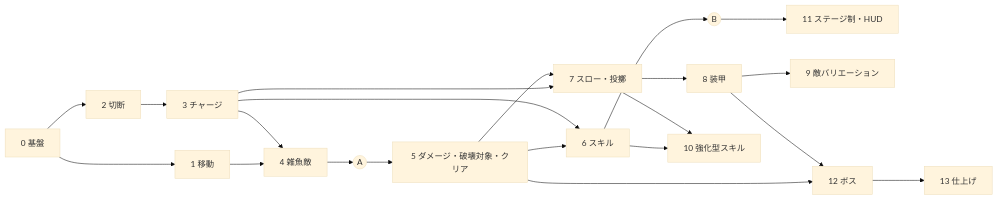
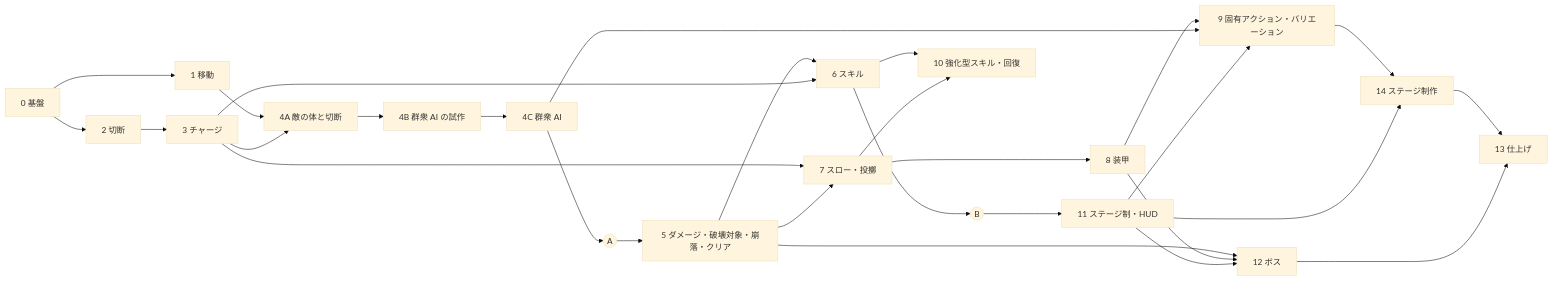
Before and after one commit to TaguchiRei/Kizami: the diagram in Assets/Docs/InGame/InGameOverallPlan.md, drawn with Mermaid (base theme). The commit also changed other lines of this file and 18 other files, not shown here.

````diff
--- a/Assets/Docs/InGame/InGameOverallPlan.md
+++ b/Assets/Docs/InGame/InGameOverallPlan.md
@@ -129,17 +139,24 @@
 ```mermaid
 flowchart LR
     S0[0 基盤] --> S1[1 移動]
     S0 --> S2[2 切断] --> S3[3 チャージ]
-    S1 --> S4[4 雑魚敵]
-    S3 --> S4
-    S4 --> MA((A)) --> S5[5 ダメージ・破壊対象・クリア] --> S6[6 スキル] --> MB((B))
+    S1 --> S4A[4A 敵の体と切断]
+    S3 --> S4A
+    S4A --> S4B[4B 群衆 AI の試作] --> S4C[4C 群衆 AI]
+    S4C --> MA((A)) --> S5[5 ダメージ・破壊対象・崩落・クリア] --> S6[6 スキル] --> MB((B))
     S3 --> S6
     MB --> S11[11 ステージ制・HUD]
     S3 --> S7[7 スロー・投擲]
-    S5 --> S7 --> S8[8 装甲] --> S9[9 敵バリエーション]
-    S6 --> S10[10 強化型スキル]
+    S5 --> S7 --> S8[8 装甲] --> S9[9 固有アクション・バリエーション]
+    S4C --> S9
+    S11 --> S9
+    S6 --> S10[10 強化型スキル・回復]
     S7 --> S10
+    S9 --> S14[14 ステージ制作]
+    S11 --> S14
     S5 --> S12[12 ボス]
     S8 --> S12
-    S12 --> S13[13 仕上げ]
+    S11 --> S12
+    S14 --> S13[13 仕上げ]
+    S12 --> S13
 ```
````
